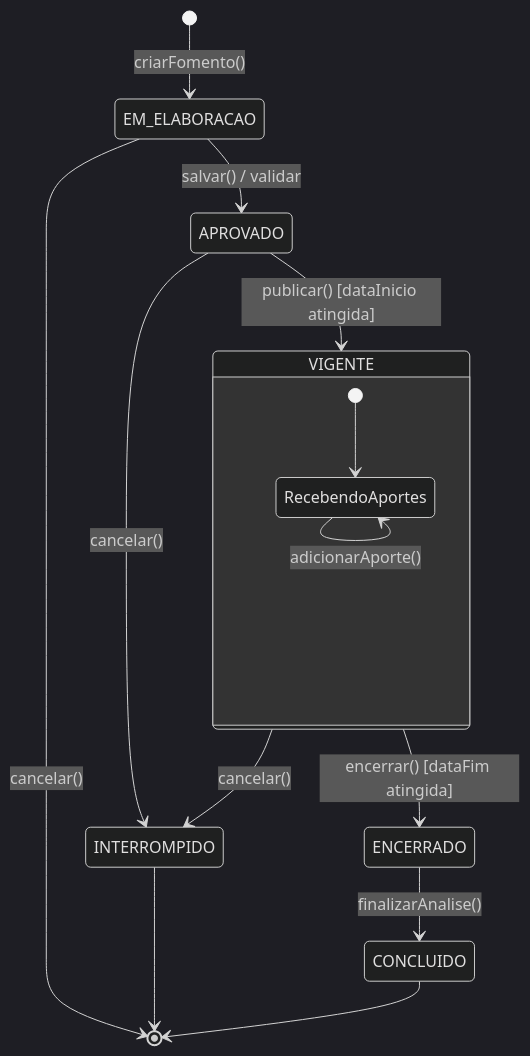
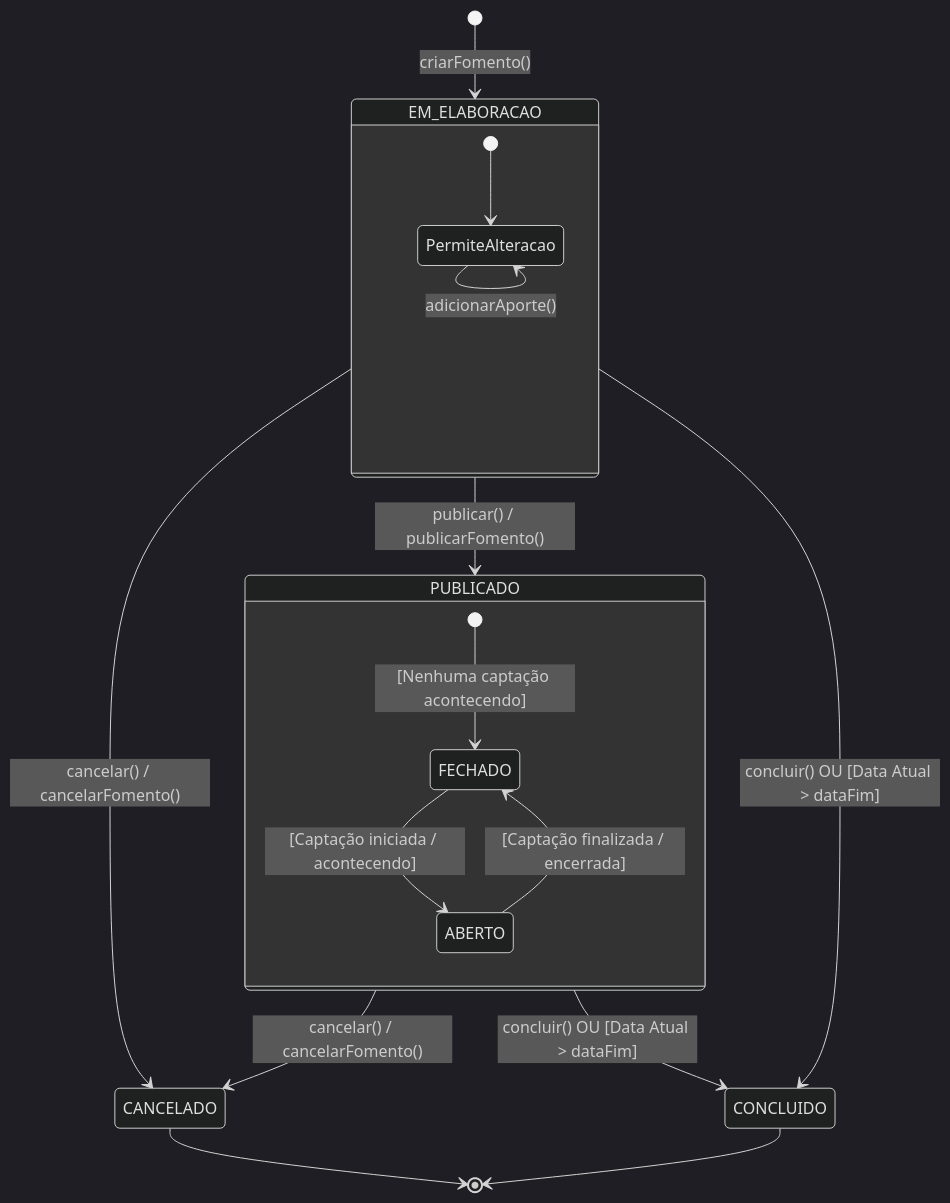
One commit to Czzped/conecta-fapes-teste changed the second of 3 diagrams in docs/implementation/modules/M011-configuracao-captacao/modelo-estrutural/modelo-estrutural-p1-fomento.md. Above: the diagram before and after it, drawn with Mermaid (dark theme). The commit also changed other lines of this file, not shown here.

Commit message:
fiz ajustes no diagrama de classes de fomento, diagrama de estados e fluxo de eventos

````diff
--- a/docs/implementation/modules/M011-configuracao-captacao/modelo-estrutural/modelo-estrutural-p1-fomento.md
+++ b/docs/implementation/modules/M011-configuracao-captacao/modelo-estrutural/modelo-estrutural-p1-fomento.md
@@ -212,24 +225,31 @@
 ```mermaid
 stateDiagram-v2
     [*] --> EM_ELABORACAO : criarFomento()
     
-    EM_ELABORACAO --> APROVADO : salvar() / validar
-    EM_ELABORACAO --> [*] : cancelar()
-    
-    APROVADO --> VIGENTE : publicar() [dataInicio atingida]
-    APROVADO --> INTERROMPIDO : cancelar()
-    
-    state VIGENTE {
-        [*] --> RecebendoAportes
-        RecebendoAportes --> RecebendoAportes : adicionarAporte()
+    state EM_ELABORACAO {
+        [*] --> PermiteAlteracao
+        PermiteAlteracao --> PermiteAlteracao : salvar() / editar dados
+        PermiteAlteracao --> PermiteAlteracao : adicionarAporte()
     }
     
-    VIGENTE --> ENCERRADO : encerrar() [dataFim atingida]
-    VIGENTE --> INTERROMPIDO : cancelar()
+    EM_ELABORACAO --> PUBLICADO : publicar() / publicarFomento()
     
-    ENCERRADO --> CONCLUIDO : finalizarAnalise()
-    INTERROMPIDO --> [*]
+    state PUBLICADO {
+        [*] --> FECHADO : [Nenhuma captação acontecendo]
+        FECHADO --> ABERTO : [Captação iniciada / acontecendo]
+        ABERTO --> FECHADO : [Captação finalizada / encerrada]
+    }
+    
+    %% Transições para Concluído
+    PUBLICADO --> CONCLUIDO : concluir() OU [Data Atual > dataFim]
+    EM_ELABORACAO --> CONCLUIDO : concluir() OU [Data Atual > dataFim]
+
+    %% Cancelamento a qualquer momento
+    EM_ELABORACAO --> CANCELADO : cancelar() / cancelarFomento()
+    PUBLICADO --> CANCELADO : cancelar() / cancelarFomento()
+    
+    CANCELADO --> [*]
     CONCLUIDO --> [*]
 
 
 ```
````
